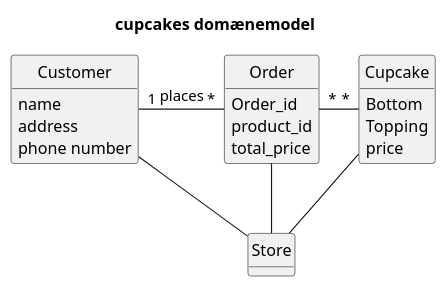
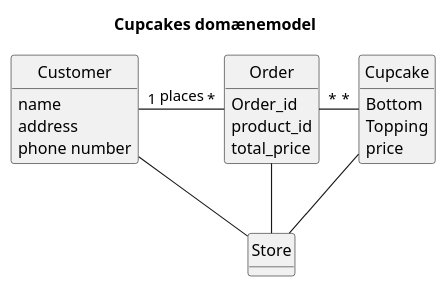
Before and after one commit to DanielD99/WebshopCupCakes: the diagram in src/main/plantuml/domainmodel.puml, drawn with PlantUML. The commit also changed 13 other files, not shown here.

```diff
--- a/src/main/plantuml/domainmodel.puml
+++ b/src/main/plantuml/domainmodel.puml
@@ -1,39 +1,39 @@
 @startuml
 'https://plantuml.com/class-diagram
-Title cupcakes domænemodel
+Title Cupcakes domænemodel
 hide circle
 hide methods
 
 class Customer {
 name
 address
 phone number
 }
 
 class Order {
 Order_id
 product_id
 total_price
 }
 
 class Cupcake {
 Bottom
 Topping
 price
 
 }
 
 class Store {
 
 }
 
 
 
 Customer "1" -right- "*" Order: places
 Order "*" - "*" Cupcake
 Customer -- Store
 Order -- Store
 Cupcake -- Store
 
 
 @enduml
```
